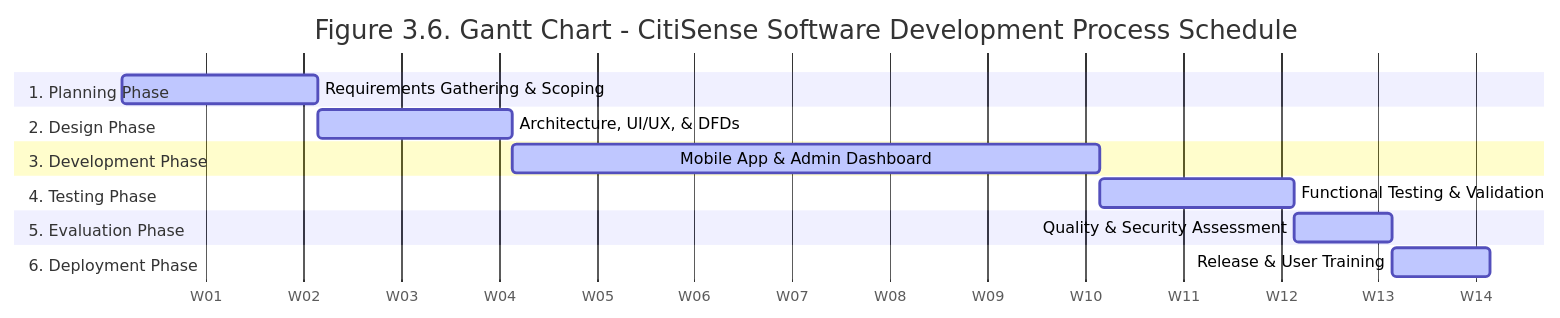
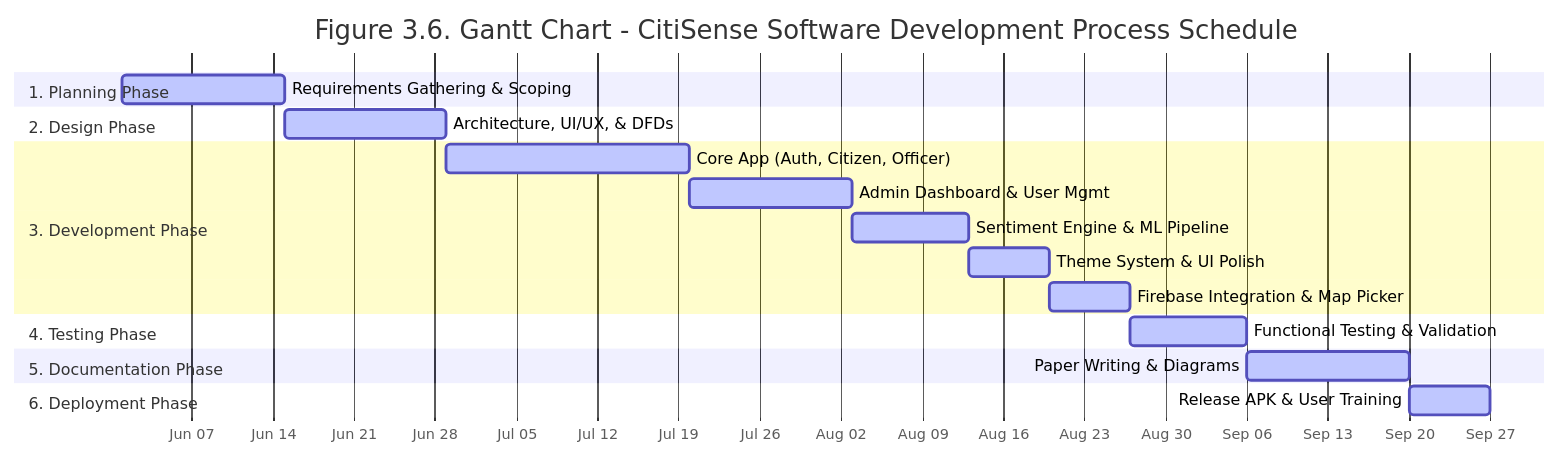
The diagram in citisense/docs/diagram1_gantt.mmd (TimJohn05/Citisense), drawn with Mermaid before and after one commit. The commit also changed 23 other files, not shown here.

First line of the commit message:
Update all docs: architecture, use case, DFDs, Gantt, testing, sentiment

```diff
--- a/citisense/docs/diagram1_gantt.mmd
+++ b/citisense/docs/diagram1_gantt.mmd
@@ -1,22 +1,26 @@
 gantt
     title Figure 3.6. Gantt Chart - CitiSense Software Development Process Schedule
     dateFormat  YYYY-MM-DD
-    axisFormat  W%W
-    
+    axisFormat  %b %d
+
     section 1. Planning Phase
-    Requirements Gathering & Scoping :active, p1, 2024-01-01, 14d
-    
+    Requirements Gathering & Scoping     :active, p1, 2026-06-01, 14d
+
     section 2. Design Phase
-    Architecture, UI/UX, & DFDs      :active, d1, 2024-01-15, 14d
-    
+    Architecture, UI/UX, & DFDs          :active, d1, 2026-06-15, 14d
+
     section 3. Development Phase
-    Mobile App & Admin Dashboard     :active, dev1, 2024-01-29, 42d
-    
+    Core App (Auth, Citizen, Officer)    :active, dev1, 2026-06-29, 21d
+    Admin Dashboard & User Mgmt          :active, dev2, after dev1, 14d
+    Sentiment Engine & ML Pipeline       :active, dev3, after dev2, 10d
+    Theme System & UI Polish             :active, dev4, after dev3, 7d
+    Firebase Integration & Map Picker    :active, dev5, after dev4, 7d
+
     section 4. Testing Phase
-    Functional Testing & Validation  :active, t1, 2024-03-11, 14d
-    
-    section 5. Evaluation Phase
-    Quality & Security Assessment    :active, e1, 2024-03-25, 7d
-    
+    Functional Testing & Validation      :active, t1, after dev5, 10d
+
+    section 5. Documentation Phase
+    Paper Writing & Diagrams             :active, doc1, after t1, 14d
+
     section 6. Deployment Phase
-    Release & User Training          :active, dep1, 2024-04-01, 7d
+    Release APK & User Training          :active, dep1, after doc1, 7d
```
